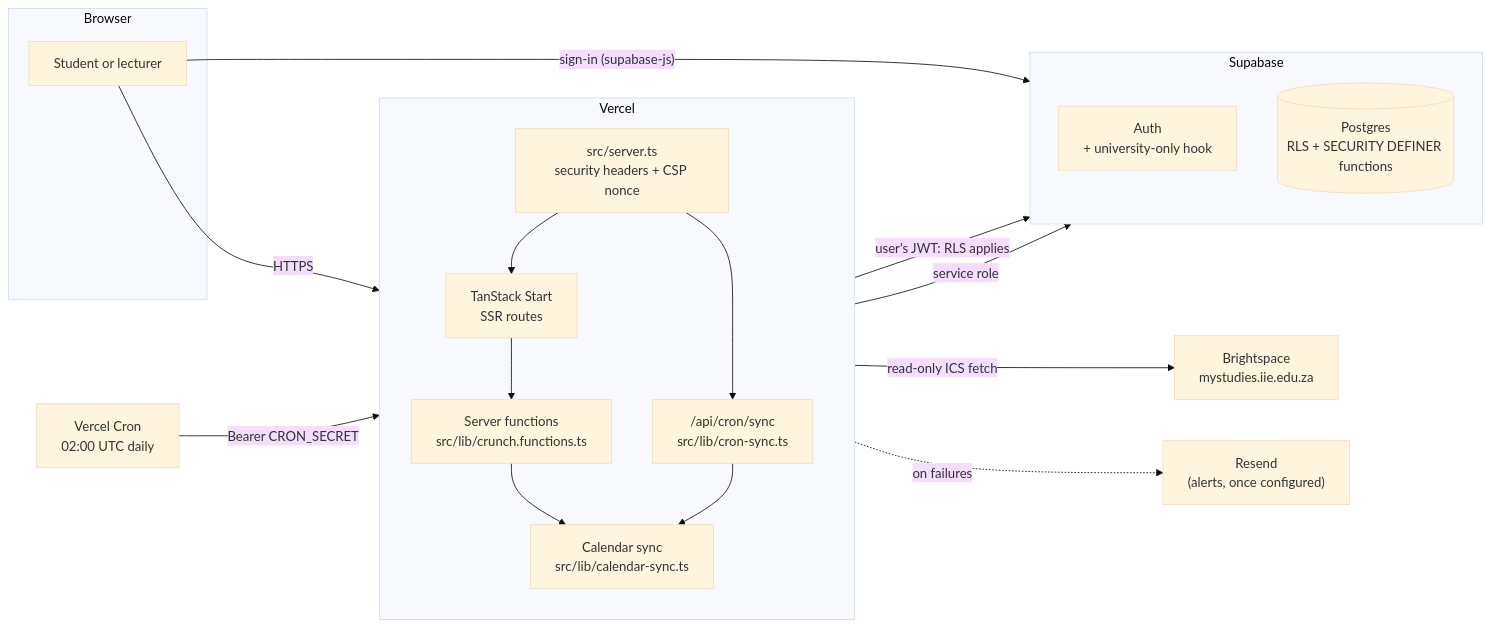
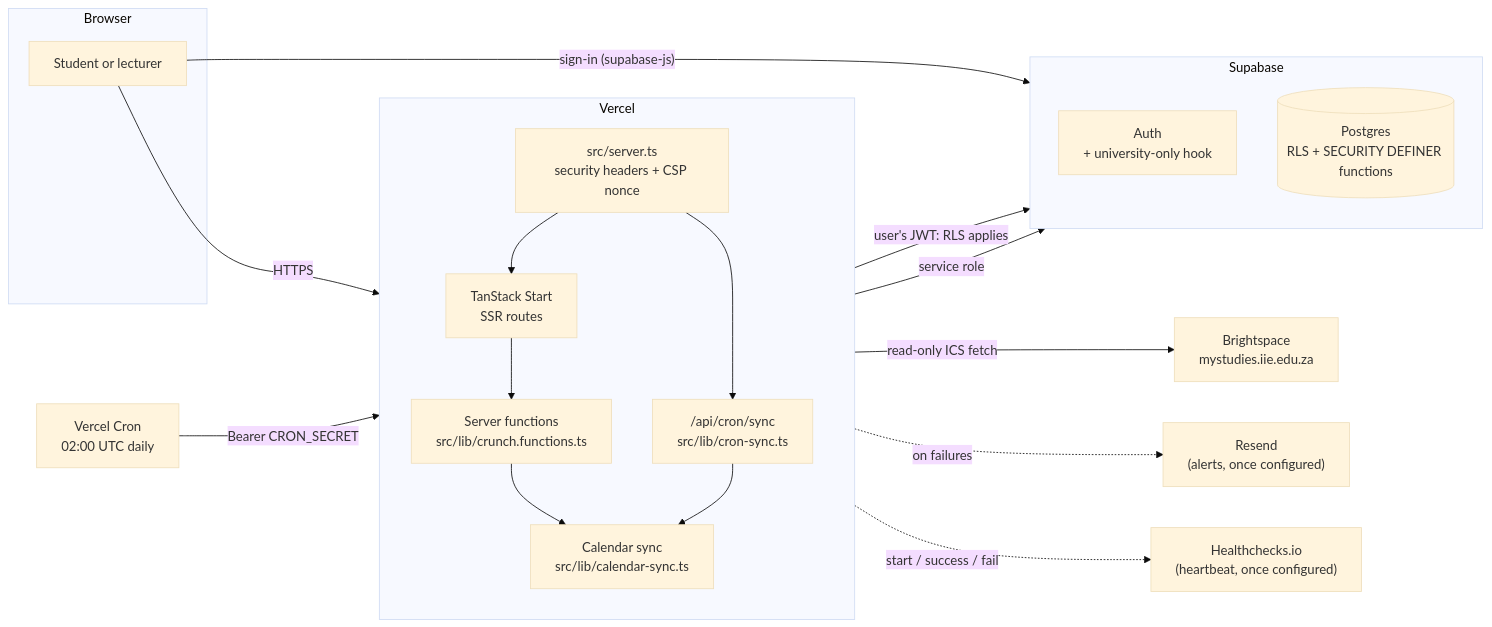
Before and after one commit to Mmolokii/Crunch: the first of 2 diagrams in docs/architecture/overview.md, drawn with Mermaid (base theme). The commit also changed other lines of this file and 7 other files, not shown here.

First line of the commit message:
CRU-49: Healthchecks.io heartbeat for the nightly sync (#49)

````diff
--- a/docs/architecture/overview.md
+++ b/docs/architecture/overview.md
@@ -9,38 +9,40 @@
 ```mermaid
 flowchart LR
   subgraph browser [Browser]
     S[Student or lecturer]
   end
 
   subgraph vercel [Vercel]
     direction TB
     E["src/server.ts<br/>security headers + CSP nonce"]
     R["TanStack Start<br/>SSR routes"]
     F["Server functions<br/>src/lib/crunch.functions.ts"]
     C["/api/cron/sync<br/>src/lib/cron-sync.ts"]
     Y["Calendar sync<br/>src/lib/calendar-sync.ts"]
     E --> R
     E --> C
     R --> F
     F --> Y
     C --> Y
   end
 
   subgraph supabase [Supabase]
     direction TB
     A["Auth<br/>+ university-only hook"]
     P[("Postgres<br/>RLS + SECURITY DEFINER functions")]
   end
 
   B["Brightspace<br/>mystudies.iie.edu.za"]
   X["Vercel Cron<br/>02:00 UTC daily"]
   M["Resend<br/>(alerts, once configured)"]
+  H["Healthchecks.io<br/>(heartbeat, once configured)"]
 
   S -- HTTPS --> E
   S -- "sign-in (supabase-js)" --> A
   F -- "user's JWT: RLS applies" --> P
   Y -- "service role" --> P
   Y -- "read-only ICS fetch" --> B
   X -- "Bearer CRON_SECRET" --> C
   C -. "on failures" .-> M
+  C -. "start / success / fail" .-> H
 ```
````
